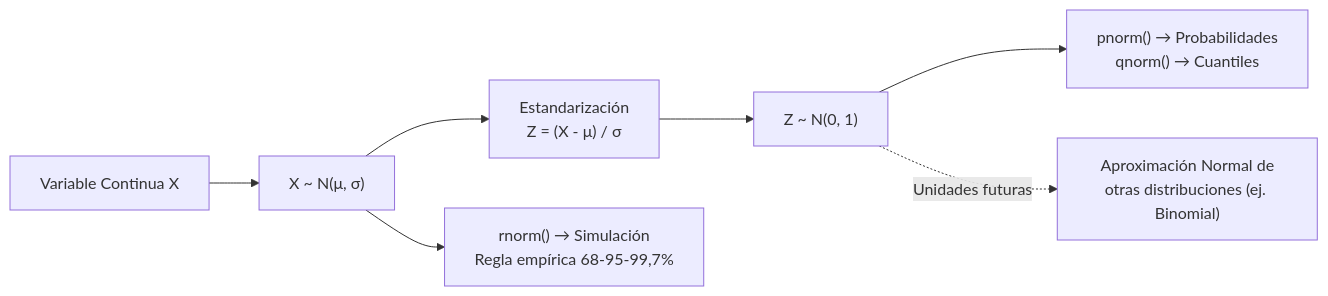
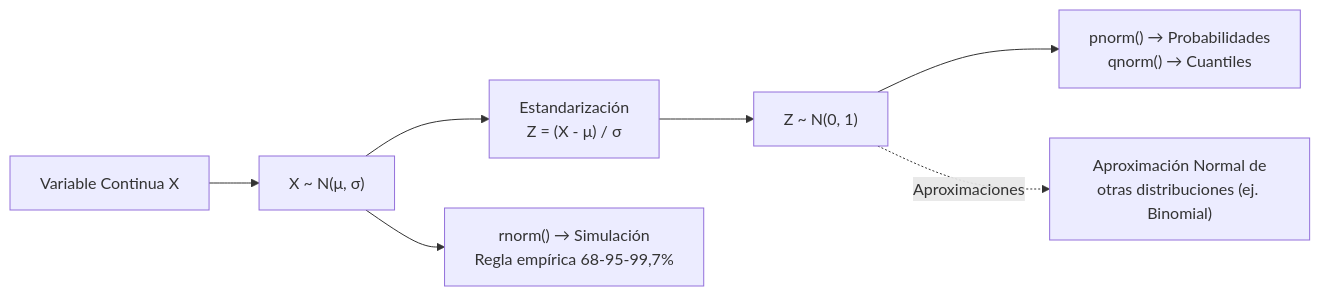
The diagram in 07_normal.qmd (juanMaSolisJujuy/Bioestadistica), drawn with Mermaid before and after one commit. The commit also changed other lines of this file and 5 other files, not shown here.

````diff
--- a/07_normal.qmd
+++ b/07_normal.qmd
@@ -109,10 +107,10 @@
 ```{mermaid}
 %%| fig-cap: "Marco conceptual de la Unidad de Distribución Normal"
 flowchart LR
     A[Variable Continua X] --> B["X ~ N(μ, σ)"]
     B --> C["Estandarización<br/>Z = (X - μ) / σ"]
     C --> D["Z ~ N(0, 1)"]
     D --> E["pnorm() → Probabilidades<br/>qnorm() → Cuantiles"]
     B --> F["rnorm() → Simulación<br/>Regla empírica 68-95-99,7%"]
-    D -.->|Unidades futuras| G["Aproximación Normal de<br/>otras distribuciones (ej. Binomial)"]
+    D -.->|Aproximaciones| G["Aproximación Normal de<br/>otras distribuciones (ej. Binomial)"]
 ```
````
